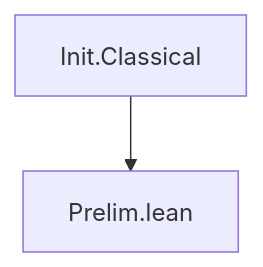
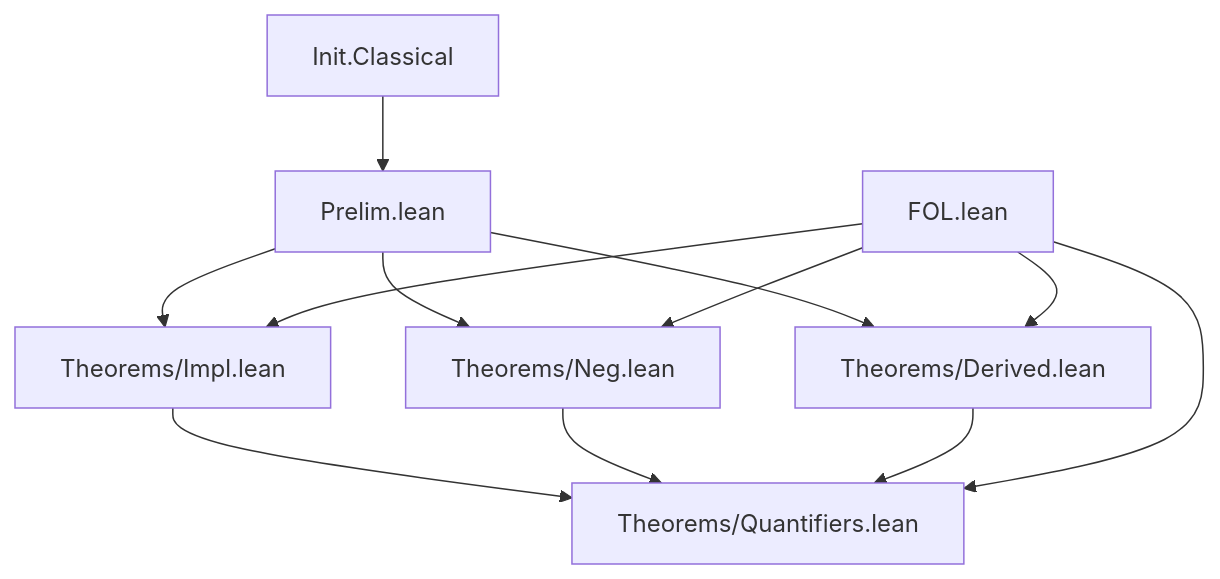
One commit to julian1c2a/FOL changed the diagram in REFERENCE.md. Above: the diagram before and after it, drawn with Mermaid. The commit also changed other lines of this file and 13 other files, not shown here.

First line of the commit message:
feat: Implement foundational theorems in FOL

````diff
--- a/REFERENCE.md
+++ b/REFERENCE.md
@@ -99,4 +104,14 @@
 ```mermaid
 graph TD
     IC[Init.Classical] --> P[Prelim.lean]
+    P --> I[Theorems/Impl.lean]
+    F[FOL.lean] --> I
+    P --> N[Theorems/Neg.lean]
+    F --> N
+    P --> D[Theorems/Derived.lean]
+    F --> D
+    I --> Q[Theorems/Quantifiers.lean]
+    N --> Q
+    D --> Q
+    F --> Q
 ```
````
